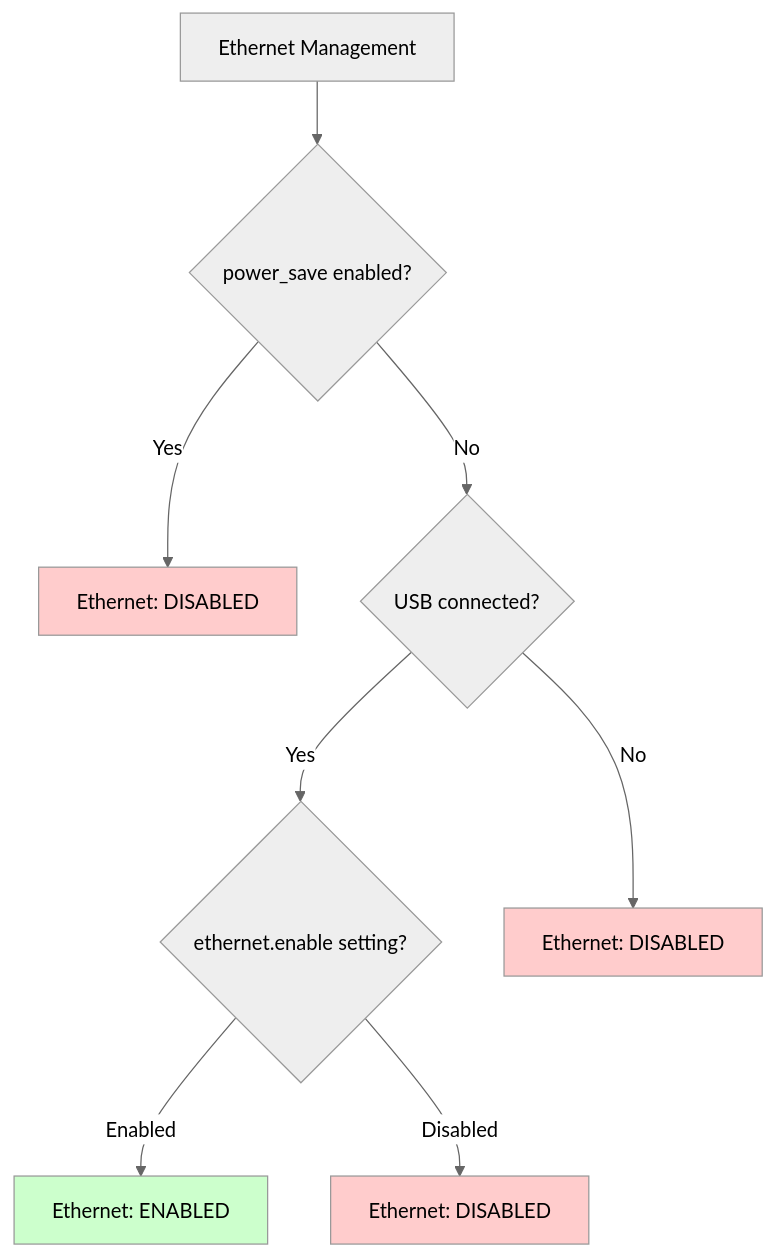
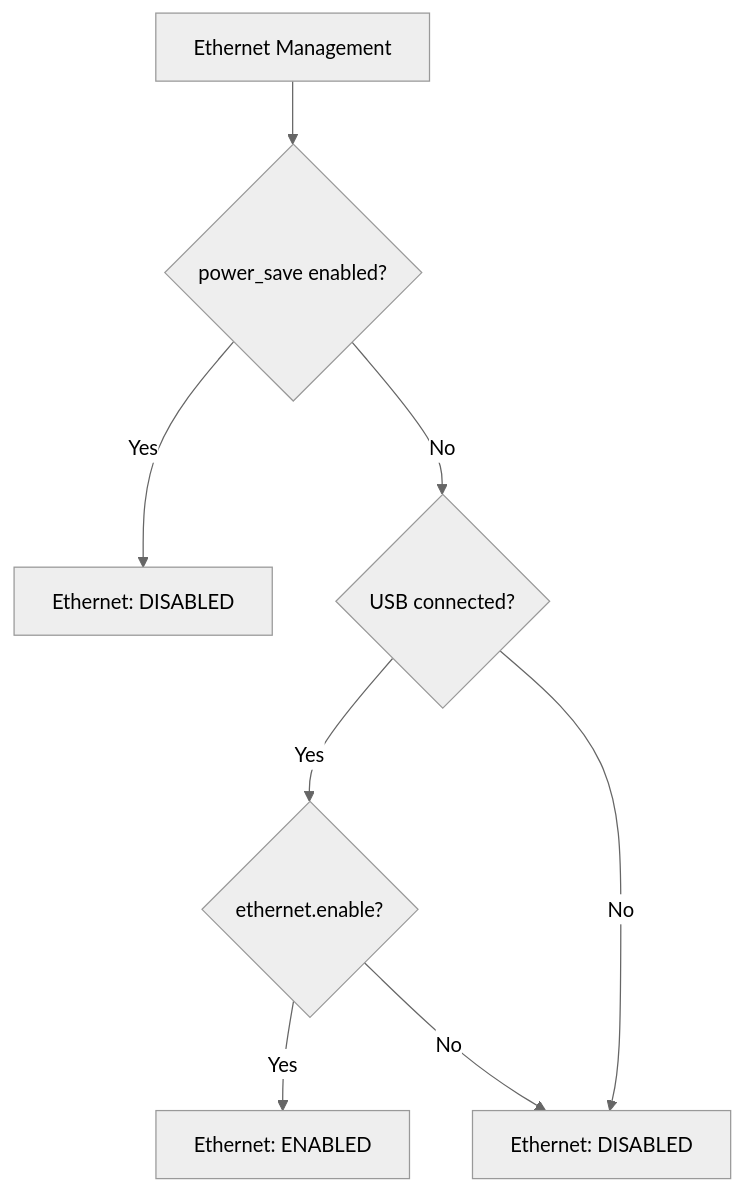
Before and after one commit to whatwatt-ch/whatwatt-go-documentation: the second of 2 diagrams in docs/50-settings/settings.md, drawn with Mermaid (neutral theme). The commit also changed other lines of this file and 2 other files, not shown here.

First line of the commit message:
Update power management API: replace wifi_power_save with p1_wifi_boost

````diff
--- a/docs/50-settings/settings.md
+++ b/docs/50-settings/settings.md
@@ -119,15 +118,17 @@
 ```mermaid
 flowchart TD
-    A[Ethernet Management] --> B{power_save enabled?}
-    B -->|Yes| C[Ethernet: DISABLED]
-    B -->|No| D{USB connected?}
-    D -->|Yes| E{ethernet.enable setting?}
-    D -->|No| F[Ethernet: DISABLED]
-    E -->|Enabled| G[Ethernet: ENABLED]
-    E -->|Disabled| H[Ethernet: DISABLED]
+  %% Colors controlled via CSS (see assets/extra.css)
 
-    style C fill:#ffcccc
-    style F fill:#ffcccc
-    style H fill:#ffcccc
-    style G fill:#ccffcc
+  A[Ethernet Management] --> B{power_save enabled?}
+  B -->|Yes| C[Ethernet: DISABLED]
+  B -->|No| D{USB connected?}
+  D -->|Yes| E{ethernet.enable?}
+  D -->|No| F[Ethernet: DISABLED]
+  E -->|Yes| G[Ethernet: ENABLED]
+  E -->|No| F
+
+  class A title;
+  class B,D,E decision;
+  class C,F bad;
+  class G good;
 ```
````
